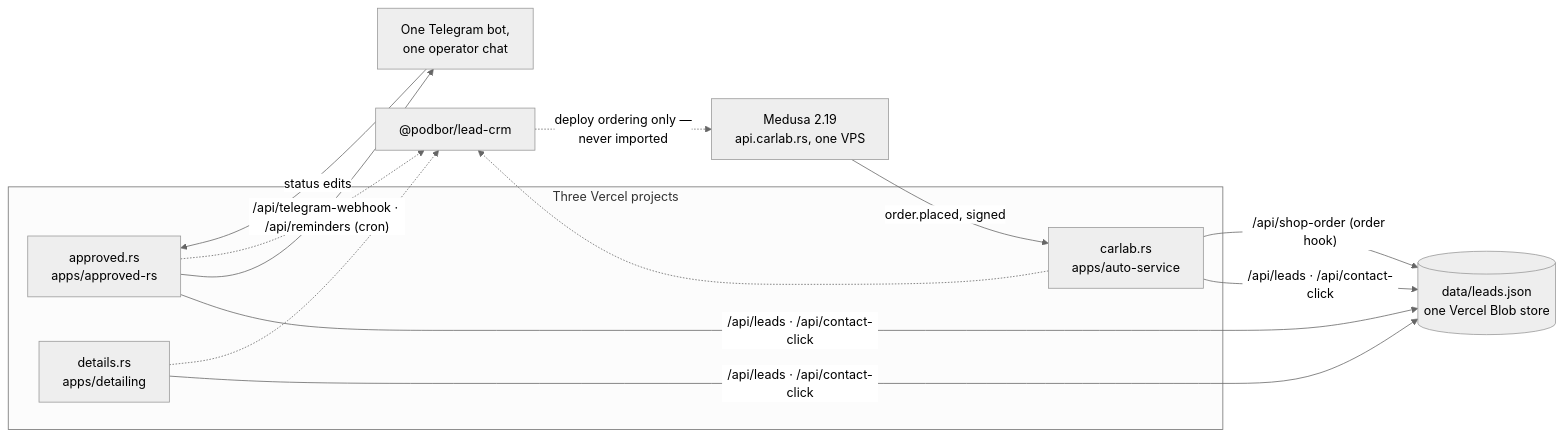
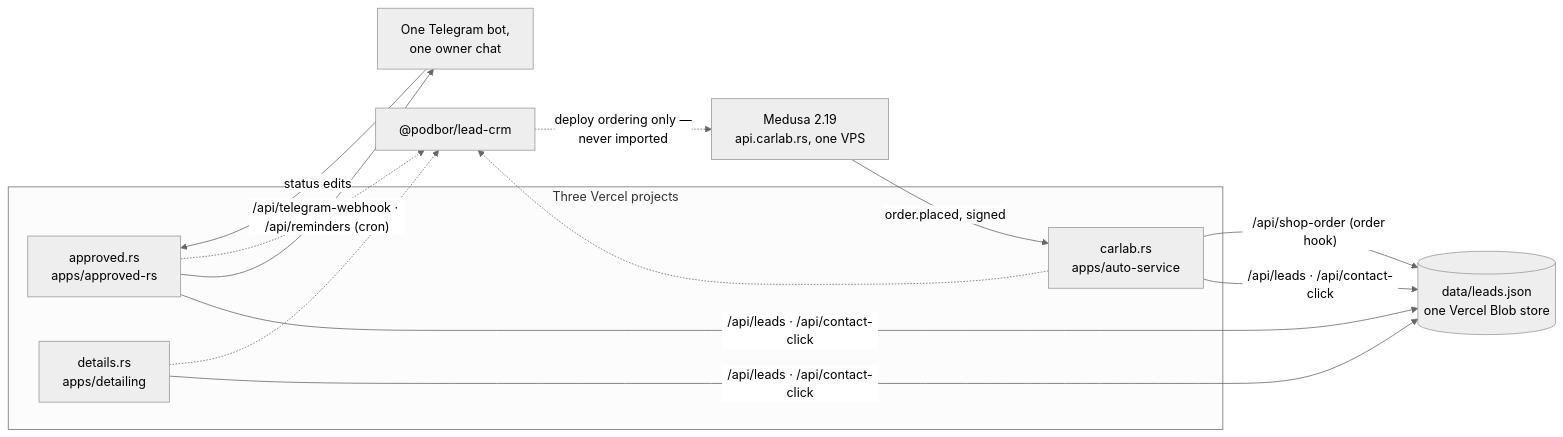
One commit to Zikrasoft/approved_rs changed the first of 2 diagrams in docs/guides/shop-funnel-testing.md. Above: the diagram before and after it, drawn with Mermaid (neutral theme). The commit also changed other lines of this file and 40 other files, not shown here.

````diff
--- a/docs/guides/shop-funnel-testing.md
+++ b/docs/guides/shop-funnel-testing.md
@@ -262,28 +257,28 @@
 ```mermaid
 flowchart LR
   subgraph sites["Three Vercel projects"]
     AP["approved.rs<br/>apps/approved-rs"]
     DE["details.rs<br/>apps/detailing"]
     CL["carlab.rs<br/>apps/auto-service"]
   end
 
   MED["Medusa 2.19<br/>api.carlab.rs, one VPS"]
   LEADS[("data/leads.json<br/>one Vercel Blob store")]
-  CHAT["One Telegram bot,<br/>one operator chat"]
+  CHAT["One Telegram bot,<br/>one owner chat"]
   PKG["@podbor/lead-crm"]
 
   AP -->|"/api/leads · /api/contact-click"| LEADS
   DE -->|"/api/leads · /api/contact-click"| LEADS
   CL -->|"/api/leads · /api/contact-click"| LEADS
   CL -->|"/api/shop-order (order hook)"| LEADS
 
   MED -->|"order.placed, signed"| CL
 
   AP -->|"/api/telegram-webhook · /api/reminders (cron)"| CHAT
   CHAT -->|"status edits"| AP
 
   AP -.-> PKG
   DE -.-> PKG
   CL -.-> PKG
   PKG -.->|"deploy ordering only —<br/>never imported"| MED
 ```
````
